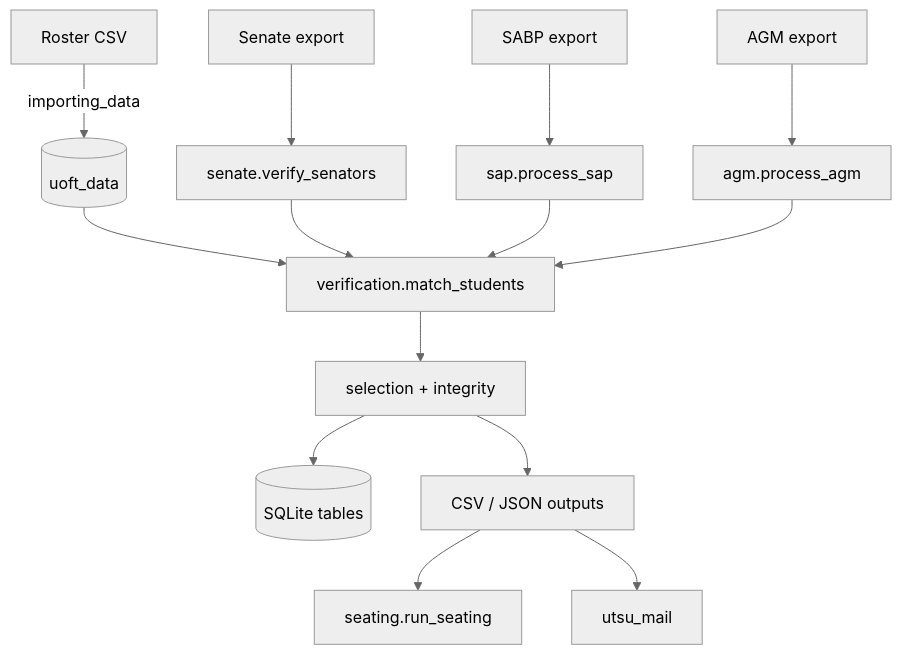
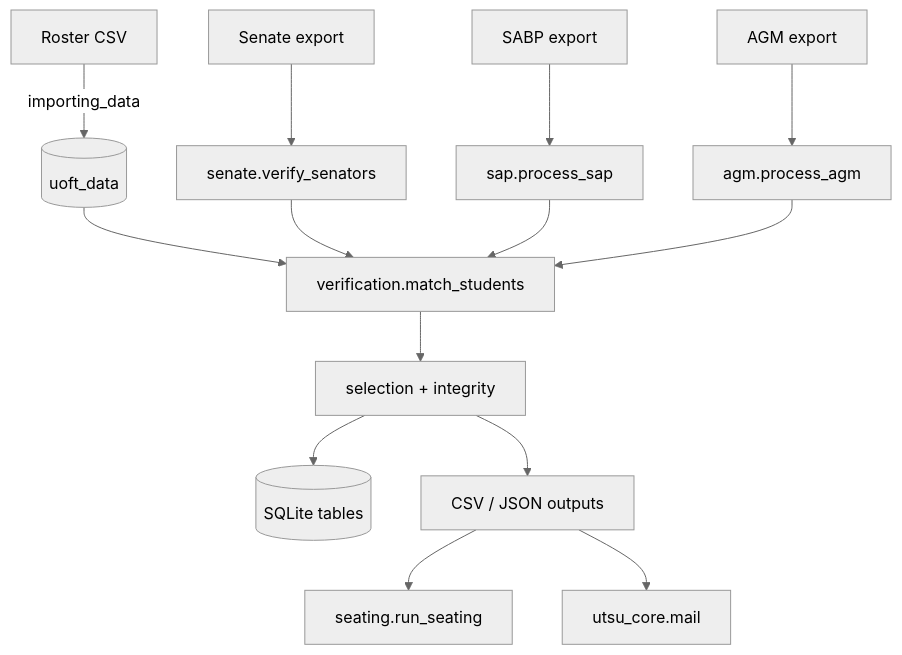
One commit to utsu-ca/utsu-portal changed the diagram in wiki/Architecture.md. Above: the diagram before and after it, drawn with Mermaid (neutral theme). The commit also changed other lines of this file and 228 other files, not shown here.

````diff
--- a/wiki/Architecture.md
+++ b/wiki/Architecture.md
@@ -35,16 +38,16 @@
 ```mermaid
 flowchart TD
     R[Roster CSV] -->|importing_data| U[(uoft_data)]
     F1[Senate export] --> S[senate.verify_senators]
     F2[SABP export] --> P[sap.process_sap]
     F3[AGM export] --> A[agm.process_agm]
     U --> M[verification.match_students]
     S --> M
     P --> M
     A --> M
     M --> I[selection + integrity]
     I --> DB[(SQLite tables)]
     I --> O[CSV / JSON outputs]
     O --> SEAT[seating.run_seating]
-    O --> MAIL[utsu_mail]
+    O --> MAIL[utsu_core.mail]
 ```
````
